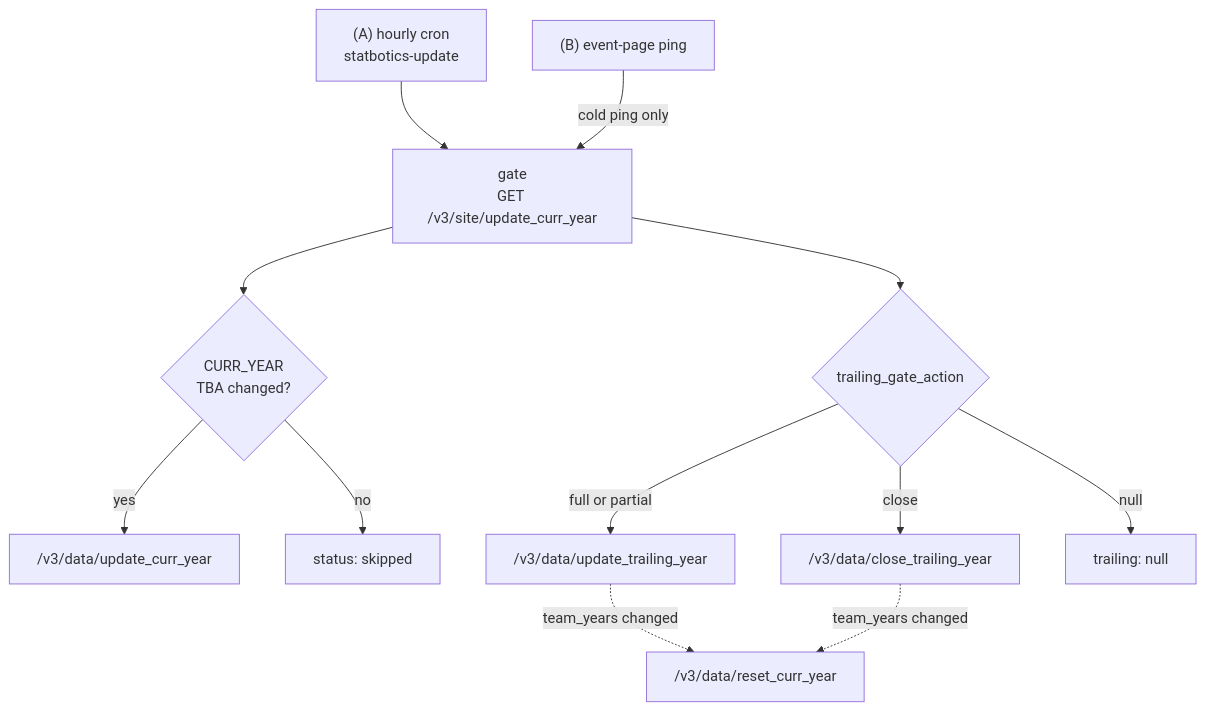
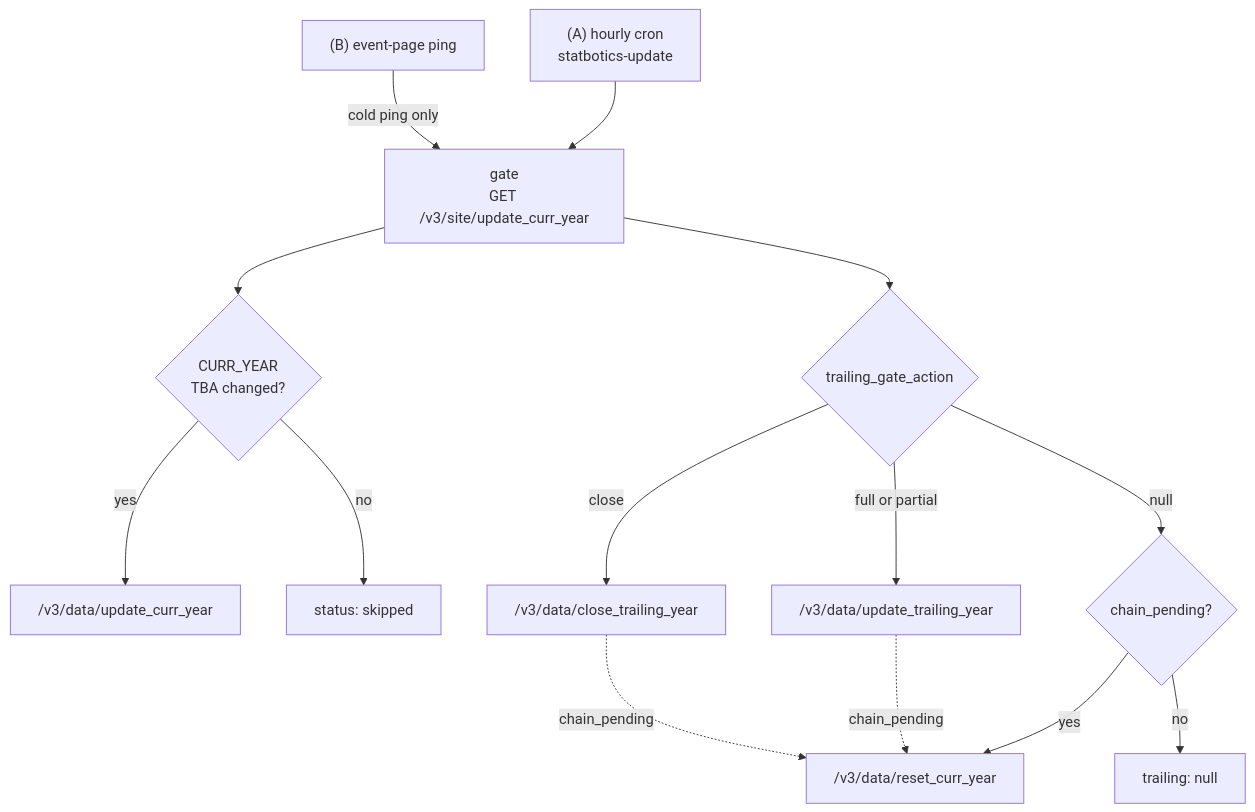
One commit to chondl/statbotics changed the diagram in docs/superpowers/rig/DATA-REFRESH.md. Above: the diagram before and after it, drawn with Mermaid. The commit also changed other lines of this file and 4 other files, not shown here.

First line of the commit message:
fix(trailing): document chain_pending, busy responses, HIST_EPOCH_NEXT_MIN

````diff
--- a/docs/superpowers/rig/DATA-REFRESH.md
+++ b/docs/superpowers/rig/DATA-REFRESH.md
@@ -80,14 +80,16 @@
 ```mermaid
 flowchart TB
   cron["(A) hourly cron<br/>statbotics-update"] --> gate
   ping["(B) event-page ping"] -->|"cold ping only"| gate
   gate["gate<br/>GET /v3/site/update_curr_year"] --> cy{"CURR_YEAR<br/>TBA changed?"}
   cy -->|"yes"| ucy["/v3/data/update_curr_year"]
   cy -->|"no"| skip["status: skipped"]
   gate --> ta{"trailing_gate_action"}
   ta -->|"full or partial"| uty["/v3/data/update_trailing_year"]
   ta -->|"close"| close["/v3/data/close_trailing_year"]
-  ta -->|"null"| idle["trailing: null"]
-  uty -.->|"team_years changed"| reset["/v3/data/reset_curr_year"]
-  close -.->|"team_years changed"| reset
+  ta -->|"null"| cp{"chain_pending?"}
+  cp -->|"no"| idle["trailing: null"]
+  cp -->|"yes"| reset["/v3/data/reset_curr_year"]
+  uty -.->|"chain_pending"| reset
+  close -.->|"chain_pending"| reset
 ```
````
